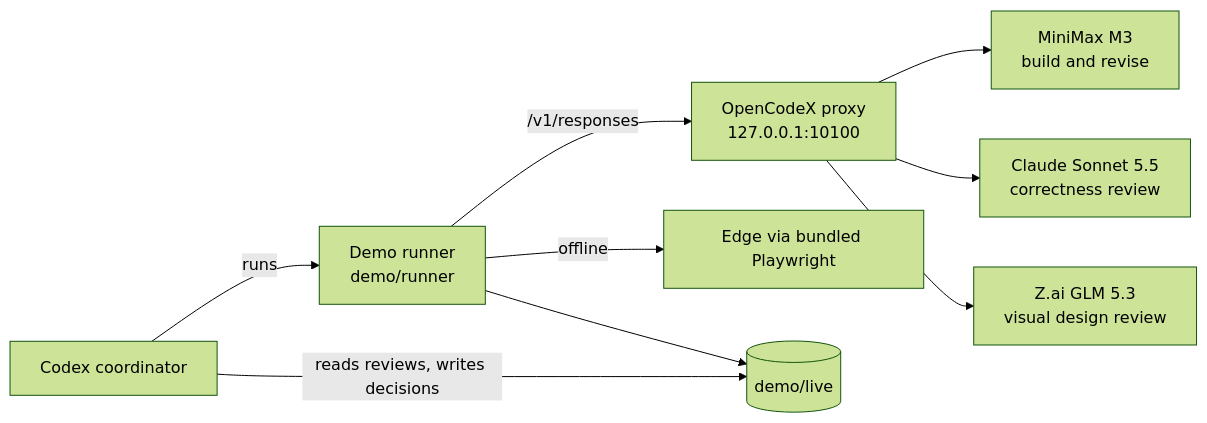
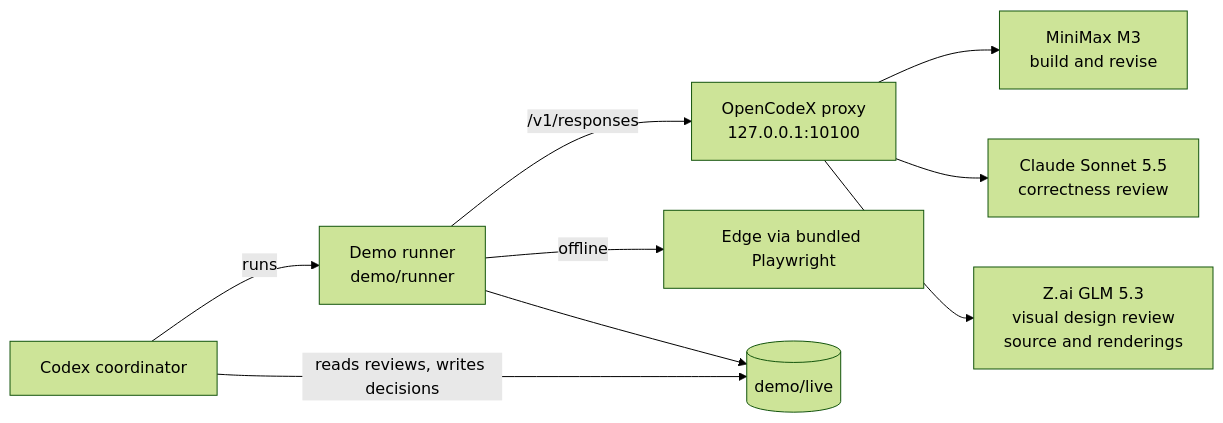
Before and after one commit to Max-FM/RDP-Train-the-Trainer-Workshop-2026: the diagram in docs/architecture.md, drawn with Mermaid (forest theme). The commit also changed other lines of this file and 13 other files, not shown here.

First line of the commit message:
feat(demo): send Z.ai renderings of the draft with the visual review

````diff
--- a/docs/architecture.md
+++ b/docs/architecture.md
@@ -5,11 +5,11 @@
 ```mermaid
 flowchart LR
     C[Codex coordinator] -->|runs| R[Demo runner<br/>demo/runner]
     R -->|/v1/responses| P[OpenCodeX proxy<br/>127.0.0.1:10100]
     P --> M[MiniMax M3<br/>build and revise]
     P --> S[Claude Sonnet 5.5<br/>correctness review]
-    P --> Z[Z.ai GLM 5.3<br/>visual design review]
+    P --> Z[Z.ai GLM 5.3<br/>visual design review<br/>source and renderings]
     R -->|offline| E[Edge via bundled Playwright]
     C -->|reads reviews, writes decisions| F[(demo/live)]
     R --> F
 ```
````
